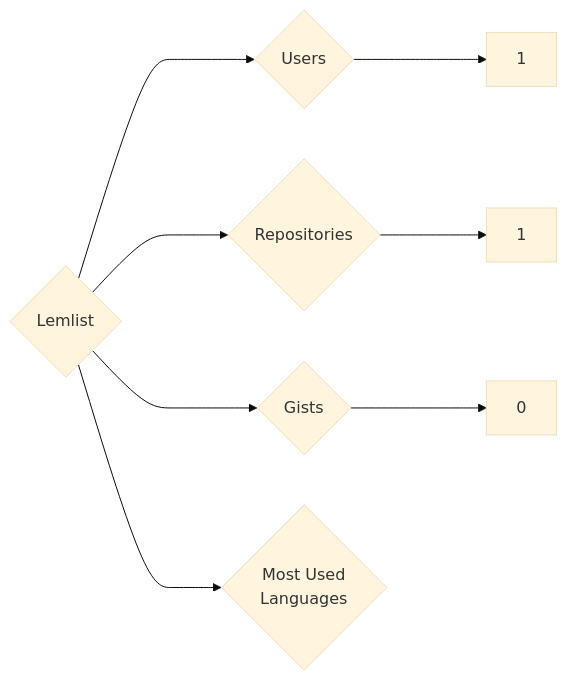
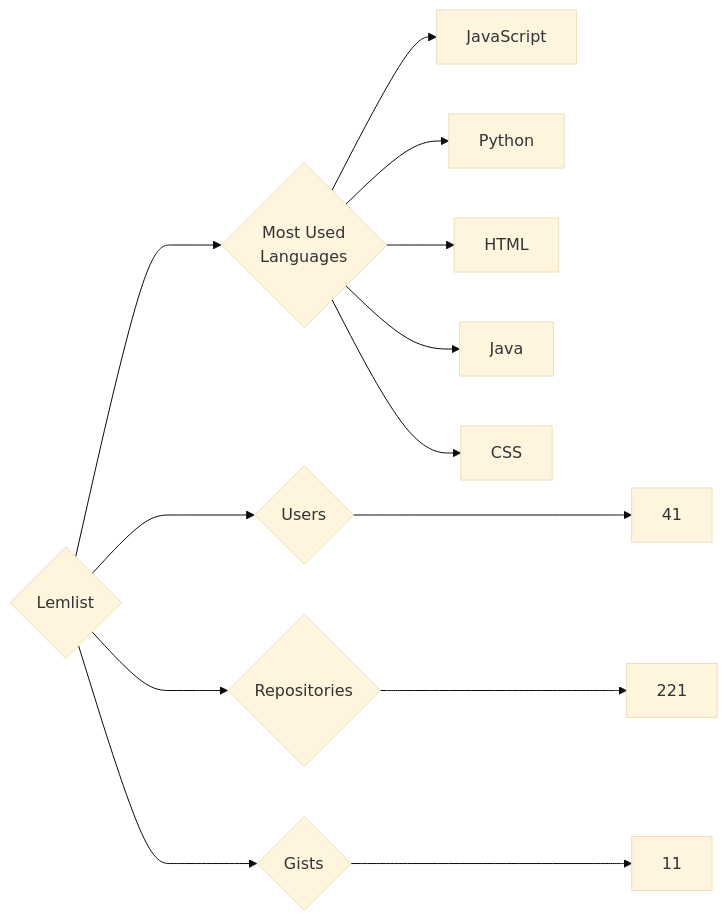
Before and after one commit to trickest/insiders: the diagram in targets/Lemlist/README.md, drawn with Mermaid (base theme). The commit also changed 1696 other files, not shown here.

````diff
--- a/targets/Lemlist/README.md
+++ b/targets/Lemlist/README.md
@@ -3,8 +3,13 @@
 ```mermaid
 graph LR
 COMPANY_NAME{Lemlist}
-COMPANY_NAME ---> U{Users} ---> UN[1]
-COMPANY_NAME ---> R{Repositories} ---> RN[1]
-COMPANY_NAME ---> G{Gists} ---> GN[0]
+COMPANY_NAME ---> U{Users} ---> UN[41]
+COMPANY_NAME ---> R{Repositories} ---> RN[221]
+COMPANY_NAME ---> G{Gists} ---> GN[11]
 COMPANY_NAME ---> ML{Most Used<br>Languages}
+ML --> JavaScript[JavaScript]
+ML --> Python[Python]
+ML --> HTML[HTML]
+ML --> Java[Java]
+ML --> CSS[CSS]
 ```
````
